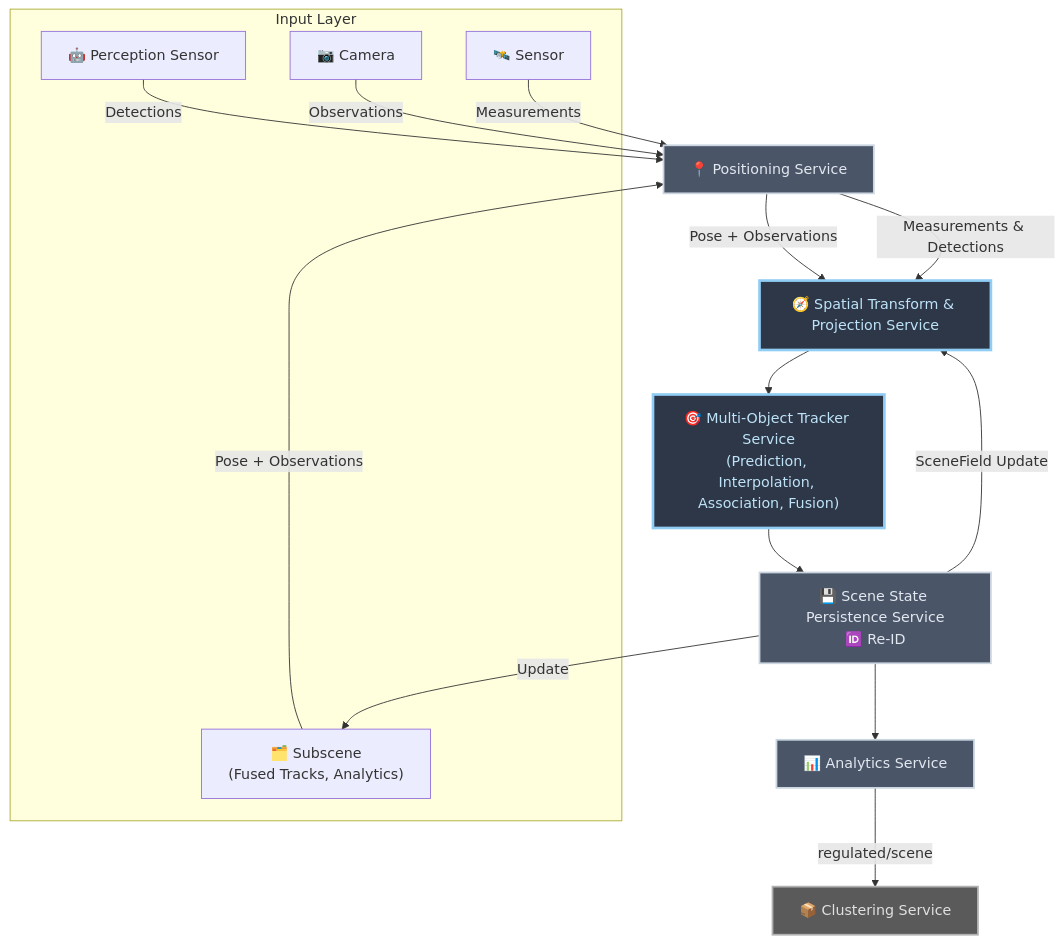
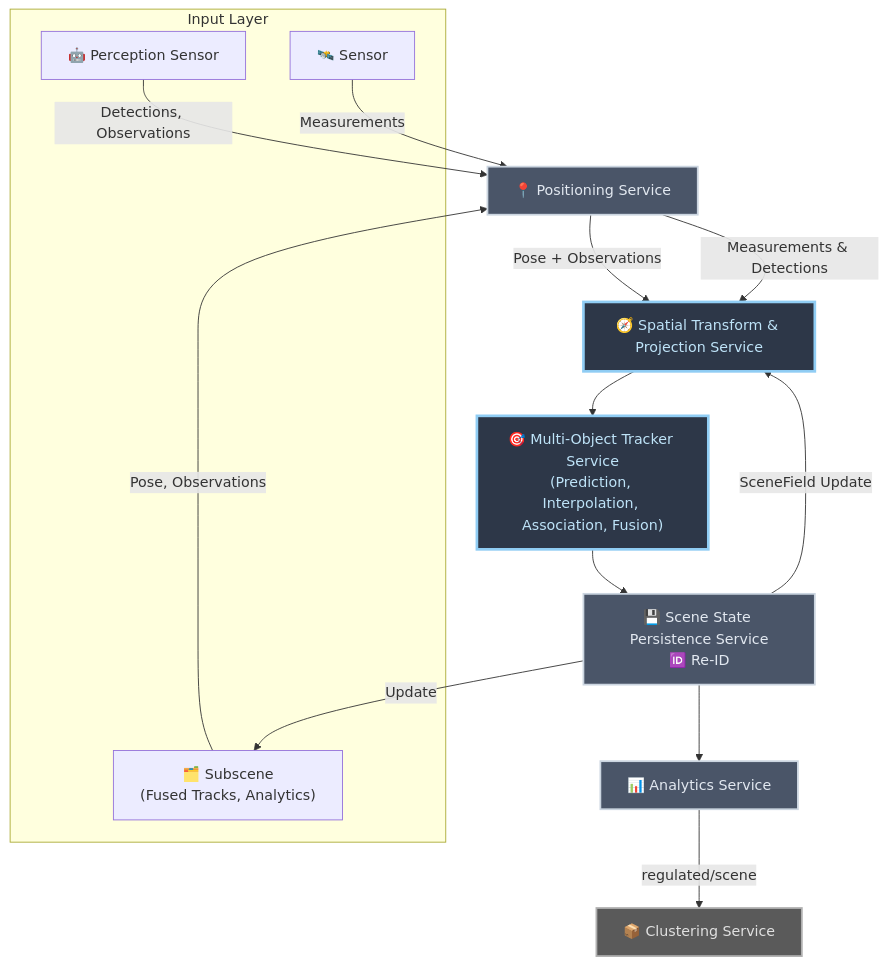
The second of 2 diagrams in docs/adr/0013-controller-breakdown-microservices.md (open-edge-platform/scenescape), drawn with Mermaid before and after one commit. The commit also changed other lines of this file, not shown here.

````diff
--- a/docs/adr/0013-controller-breakdown-microservices.md
+++ b/docs/adr/0013-controller-breakdown-microservices.md
@@ -166,41 +172,39 @@
 ```mermaid
 flowchart TD
   %% Data sources
   subgraph InputLayer["Input Layer"]
     PerceptionSensor["🤖 Perception Sensor"]
     Subscene["🗂️ Subscene<br/>(Fused Tracks, Analytics)"]
-    Camera["📷 Camera"]
     Sensor["🛰️ Sensor"]
   end
 
   %% Services
   Positioning["📍 Positioning Service"]
   Transform["🧭 Spatial Transform &amp; Projection Service"]
   Tracker["🎯 Multi-Object Tracker Service<br/>(Prediction, Interpolation, Association, Fusion)"]
   Persistence["💾 Scene State Persistence Service<br/>🆔 Re-ID"]
   Analytics["📊 Analytics Service"]
   Clustering["📦 Clustering Service"]
 
-  Subscene -->|"Pose + Observations"| Positioning 
+  Subscene -->|"Pose, Observations"| Positioning 
   Sensor -->|"Measurements"| Positioning 
-  PerceptionSensor -->|"Detections"| Positioning 
-  Camera -->|"Observations"| Positioning 
+  PerceptionSensor -->|"Detections, Observations"| Positioning 
 
   Positioning -->|"Pose + Observations"| Transform
   Positioning -->|"Measurements & Detections"| Transform
 
   Transform --> Tracker
   Tracker --> Persistence
   Persistence -->|"SceneField Update"| Transform
   Persistence -->|"Update"| Subscene
 
   Persistence --> Analytics
   Analytics -->|"regulated/scene"| Clustering
 
   style Tracker fill:#2d3748,stroke:#90cdf4,stroke-width:3px,color:#bee3f8
   style Transform fill:#2d3748,stroke:#90cdf4,stroke-width:3px,color:#bee3f8
   style Positioning fill:#4a5568,stroke:#cbd5e0,stroke-width:2px,color:#e2e8f0
   style Persistence fill:#4a5568,stroke:#cbd5e0,stroke-width:2px,color:#e2e8f0
   style Analytics fill:#4a5568,stroke:#cbd5e0,stroke-width:2px,color:#e2e8f0
   style Clustering fill:#5a5a5a,stroke:#b0b0b0,stroke-width:2px,color:#e0e0e0
 ```
````
